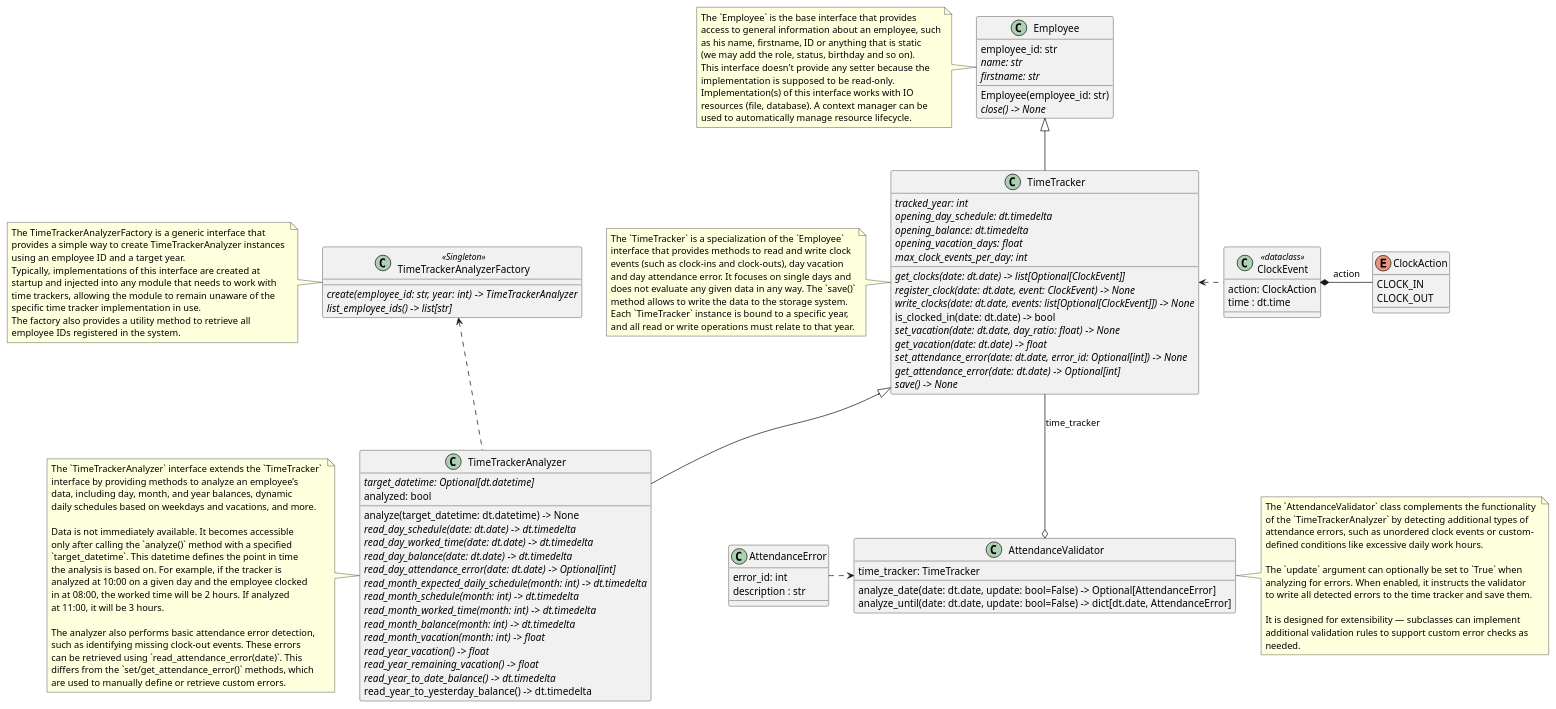
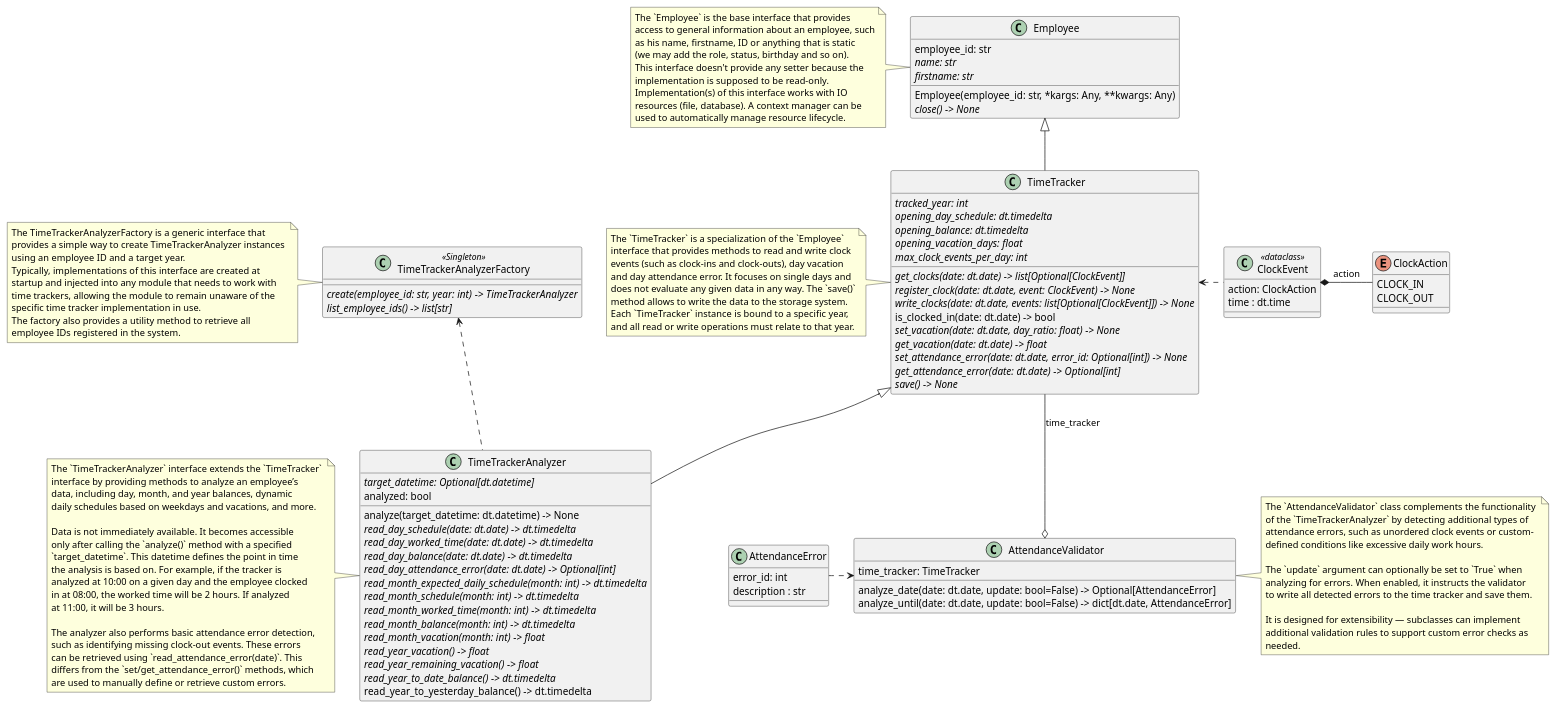
Before and after one commit to Mecacerf/TeamBridge: the diagram in doc/time_tracker.plantuml, drawn with PlantUML. The commit also changed 6 other files, not shown here.

```diff
--- a/doc/time_tracker.plantuml
+++ b/doc/time_tracker.plantuml
@@ -1,158 +1,158 @@
 @startuml time_tracker
 
 class "Employee" {
   employee_id: str
   {abstract}name: str
   {abstract}firstname: str
 
-  Employee(employee_id: str)
+  Employee(employee_id: str, *kargs: Any, **kwargs: Any)
   {abstract}close() -> None
 }
 
 note left 
   The `Employee` is the base interface that provides 
   access to general information about an employee, such
   as his name, firstname, ID or anything that is static
   (we may add the role, status, birthday and so on).
   This interface doesn't provide any setter because the 
   implementation is supposed to be read-only.
   Implementation(s) of this interface works with IO 
   resources (file, database). A context manager can be 
   used to automatically manage resource lifecycle.
 end note
 
 class "TimeTracker" {
   {abstract}tracked_year: int
   {abstract}opening_day_schedule: dt.timedelta
   {abstract}opening_balance: dt.timedelta
   {abstract}opening_vacation_days: float
   {abstract}max_clock_events_per_day: int
 
   {abstract}get_clocks(date: dt.date) -> list[Optional[ClockEvent]]
   {abstract}register_clock(date: dt.date, event: ClockEvent) -> None
   {abstract}write_clocks(date: dt.date, events: list[Optional[ClockEvent]]) -> None
   is_clocked_in(date: dt.date) -> bool
   {abstract}set_vacation(date: dt.date, day_ratio: float) -> None
   {abstract}get_vacation(date: dt.date) -> float
   {abstract}set_attendance_error(date: dt.date, error_id: Optional[int]) -> None
   {abstract}get_attendance_error(date: dt.date) -> Optional[int]
   {abstract}save() -> None
 }
 
 note left
 The `TimeTracker` is a specialization of the `Employee` 
 interface that provides methods to read and write clock 
 events (such as clock-ins and clock-outs), day vacation 
 and day attendance error. It focuses on single days and
 does not evaluate any given data in any way. The `save()`
 method allows to write the data to the storage system.
 Each `TimeTracker` instance is bound to a specific year, 
 and all read or write operations must relate to that year.
 end note
 
 class "TimeTrackerAnalyzer" {
   {abstract}target_datetime: Optional[dt.datetime]
   analyzed: bool
   
   analyze(target_datetime: dt.datetime) -> None
   {abstract}read_day_schedule(date: dt.date) -> dt.timedelta
   {abstract}read_day_worked_time(date: dt.date) -> dt.timedelta
   {abstract}read_day_balance(date: dt.date) -> dt.timedelta
   {abstract}read_day_attendance_error(date: dt.date) -> Optional[int]
   {abstract}read_month_expected_daily_schedule(month: int) -> dt.timedelta
   {abstract}read_month_schedule(month: int) -> dt.timedelta
   {abstract}read_month_worked_time(month: int) -> dt.timedelta
   {abstract}read_month_balance(month: int) -> dt.timedelta
   {abstract}read_month_vacation(month: int) -> float
   {abstract}read_year_vacation() -> float
   {abstract}read_year_remaining_vacation() -> float
   {abstract}read_year_to_date_balance() -> dt.timedelta
   read_year_to_yesterday_balance() -> dt.timedelta
 }
 
 note left
 The `TimeTrackerAnalyzer` interface extends the `TimeTracker` 
 interface by providing methods to analyze an employee’s 
 data, including day, month, and year balances, dynamic 
 daily schedules based on weekdays and vacations, and more.
 
 Data is not immediately available. It becomes accessible 
 only after calling the `analyze()` method with a specified 
 `target_datetime`. This datetime defines the point in time 
 the analysis is based on. For example, if the tracker is 
 analyzed at 10:00 on a given day and the employee clocked 
 in at 08:00, the worked time will be 2 hours. If analyzed 
 at 11:00, it will be 3 hours.
 
 The analyzer also performs basic attendance error detection, 
 such as identifying missing clock-out events. These errors 
 can be retrieved using `read_attendance_error(date)`. This 
 differs from the `set/get_attendance_error()` methods, which 
 are used to manually define or retrieve custom errors.
 end note
 
 Employee <|-- TimeTracker
 TimeTracker <|-- TimeTrackerAnalyzer
 
 enum "ClockAction" {
   CLOCK_IN
   CLOCK_OUT
 }
 
 class "ClockEvent" <<dataclass>> {
   action: ClockAction
   time : dt.time
 }
 
 ClockEvent .l.> TimeTracker
 ClockAction -l* ClockEvent : action
 
 class "AttendanceError" {
   error_id: int
   description : str
 }
 
 class "AttendanceValidator" {
   time_tracker: TimeTracker
   analyze_date(date: dt.date, update: bool=False) -> Optional[AttendanceError]
   analyze_until(date: dt.date, update: bool=False) -> dict[dt.date, AttendanceError]
 }
 
 note right
   The `AttendanceValidator` class complements the functionality 
   of the `TimeTrackerAnalyzer` by detecting additional types of 
   attendance errors, such as unordered clock events or custom-
   defined conditions like excessive daily work hours.
 
   The `update` argument can optionally be set to `True` when 
   analyzing for errors. When enabled, it instructs the validator 
   to write all detected errors to the time tracker and save them.
   
   It is designed for extensibility — subclasses can implement 
   additional validation rules to support custom error checks as 
   needed.
 end note
 
 TimeTracker --o AttendanceValidator : time_tracker
 AttendanceError .> AttendanceValidator
 
 class "TimeTrackerAnalyzerFactory" <<Singleton>> {
   {abstract}create(employee_id: str, year: int) -> TimeTrackerAnalyzer
   {abstract}list_employee_ids() -> list[str]
 }
 
 note left
   The TimeTrackerAnalyzerFactory is a generic interface that 
   provides a simple way to create TimeTrackerAnalyzer instances 
   using an employee ID and a target year.
   Typically, implementations of this interface are created at 
   startup and injected into any module that needs to work with 
   time trackers, allowing the module to remain unaware of the 
   specific time tracker implementation in use.
   The factory also provides a utility method to retrieve all 
   employee IDs registered in the system.
 end note
 
 TimeTrackerAnalyzerFactory <.. TimeTrackerAnalyzer
 
 @enduml
```
